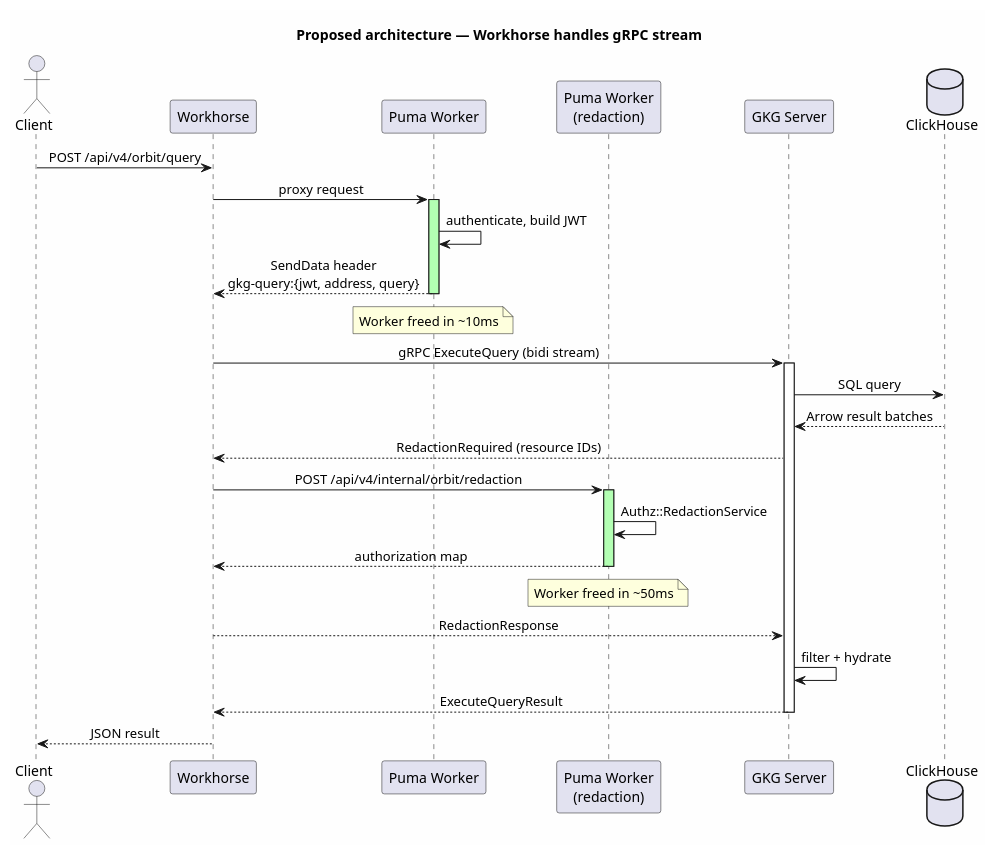
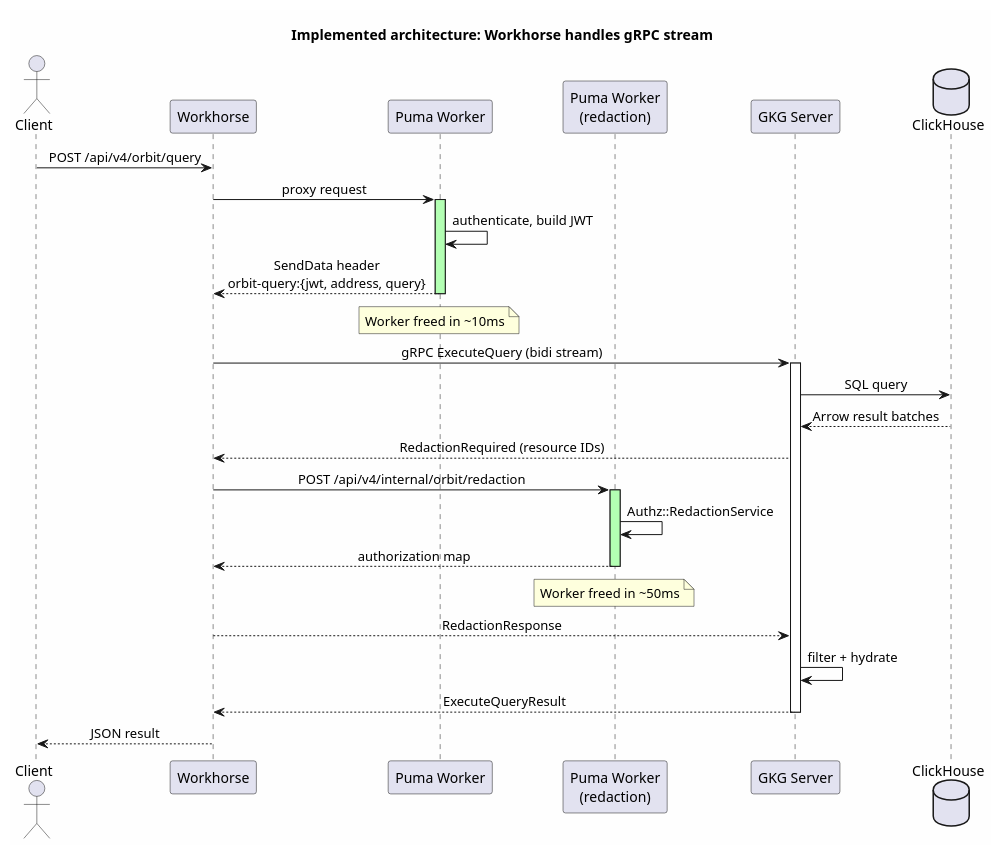
One commit to gitlabhq/orbit-knowledge-graph changed the second of 3 diagrams in docs/design-documents/decisions/008_workhorse_query_acceleration.md. Above: the diagram before and after it, drawn with PlantUML. The commit also changed other lines of this file and 1 other file, not shown here.

First line of the commit message:
docs: update ADR 008 and security doc for Workhorse query acceleration

````diff
--- a/docs/design-documents/decisions/008_workhorse_query_acceleration.md
+++ b/docs/design-documents/decisions/008_workhorse_query_acceleration.md
@@ -88,45 +88,45 @@
 ```plantuml
 @startuml
 skinparam backgroundColor #FEFEFE
 skinparam sequenceMessageAlign center
-title Proposed architecture — Workhorse handles gRPC stream
+title Implemented architecture: Workhorse handles gRPC stream
 
 actor Client
 participant Workhorse
 participant "Puma Worker" as Puma
 participant "Puma Worker\n(redaction)" as Puma2
 participant "GKG Server" as GKG
 database ClickHouse
 
 Client -> Workhorse: POST /api/v4/orbit/query
 Workhorse -> Puma: proxy request
 activate Puma #B3FFB3
 
 Puma -> Puma: authenticate, build JWT
-Puma --> Workhorse: SendData header\ngkg-query:{jwt, address, query}
+Puma --> Workhorse: SendData header\norbit-query:{jwt, address, query}
 deactivate Puma
 
 note over Puma: Worker freed in ~10ms
 
 Workhorse -> GKG: gRPC ExecuteQuery (bidi stream)
 activate GKG
 GKG -> ClickHouse: SQL query
 ClickHouse --> GKG: Arrow result batches
 GKG --> Workhorse: RedactionRequired (resource IDs)
 
 Workhorse -> Puma2: POST /api/v4/internal/orbit/redaction
 activate Puma2 #B3FFB3
 Puma2 -> Puma2: Authz::RedactionService
 Puma2 --> Workhorse: authorization map
 deactivate Puma2
 
 note over Puma2: Worker freed in ~50ms
 
 Workhorse --> GKG: RedactionResponse
 GKG -> GKG: filter + hydrate
 GKG --> Workhorse: ExecuteQueryResult
 deactivate GKG
 
 Workhorse --> Client: JSON result
 @enduml
 ```
````
